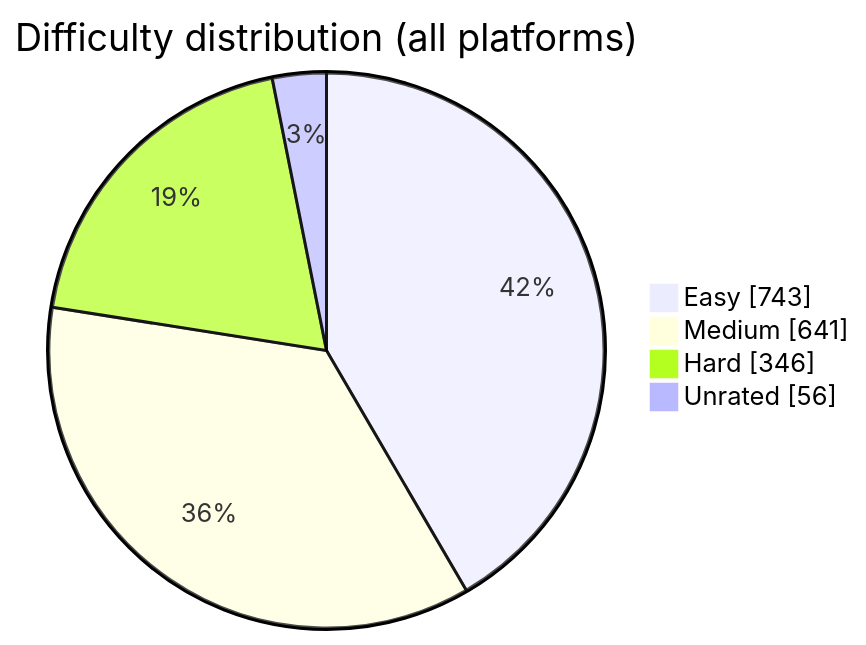
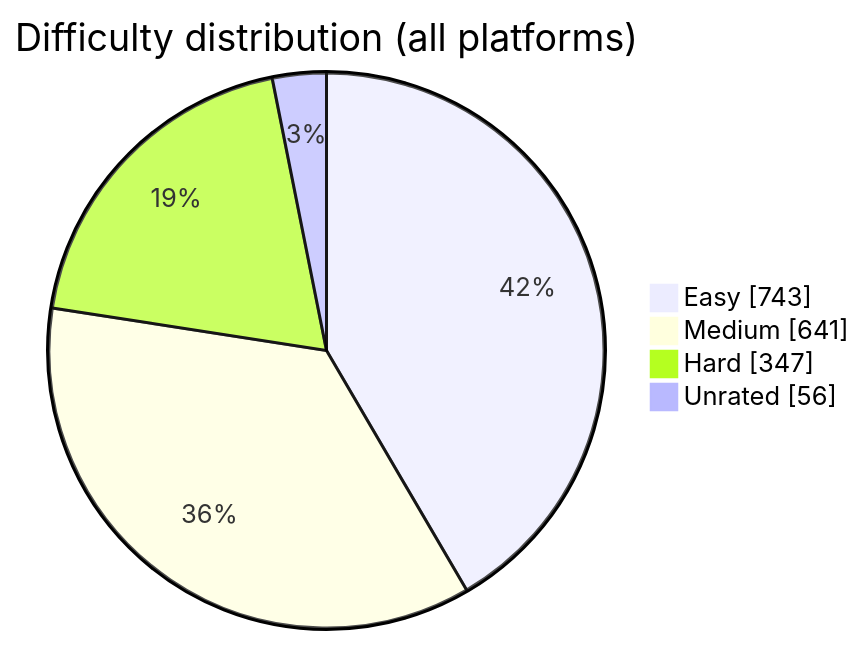
Before and after one commit to BuildbyArindam/Daily-Coding-Log: the diagram in README.md, drawn with Mermaid. The commit also changed other lines of this file, not shown here.

````diff
--- a/README.md
+++ b/README.md
@@ -108,7 +108,7 @@
 ```mermaid
 pie showData title Difficulty distribution (all platforms)
     "Easy" : 743
     "Medium" : 641
-    "Hard" : 346
+    "Hard" : 347
     "Unrated" : 56
 ```
````
